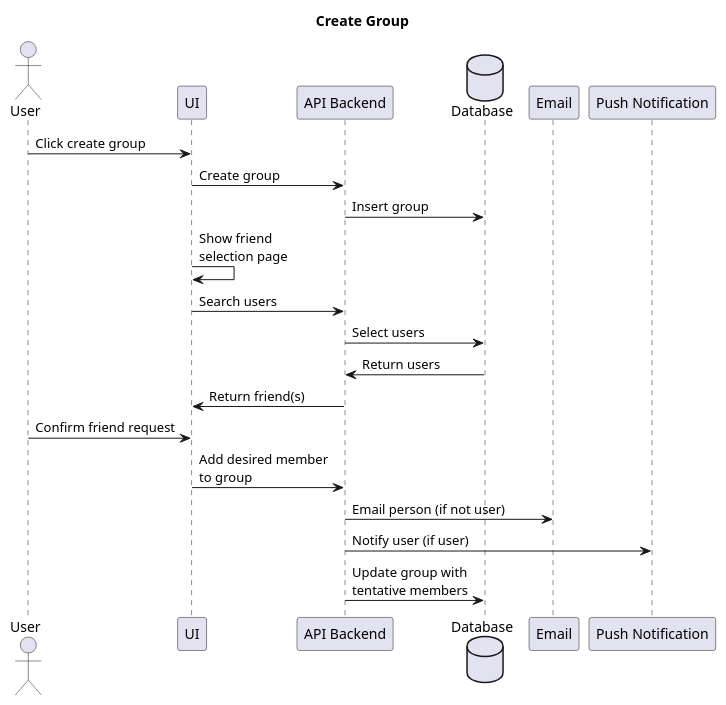
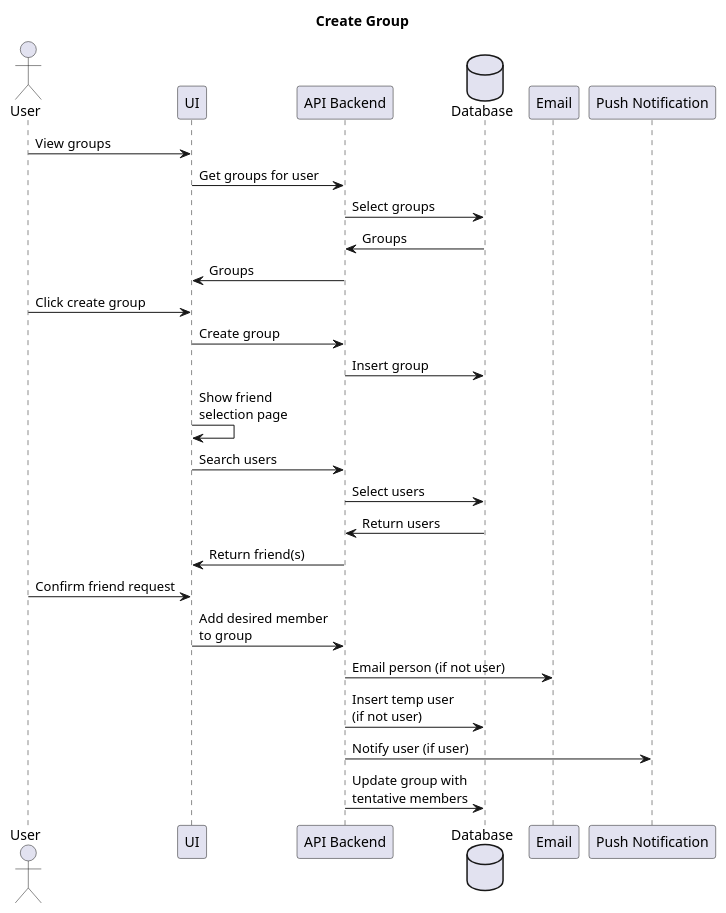
One commit to adhurjaty/prediction-app changed the diagram in Diagrams/UserStories/create_group.puml. Above: the diagram before and after it, drawn with PlantUML. The commit also changed 3 other files, not shown here.

Commit message:
updates diagrams

```diff
--- a/Diagrams/UserStories/create_group.puml
+++ b/Diagrams/UserStories/create_group.puml
@@ -1,26 +1,32 @@
 @startuml Create Group
 
 title Create Group
 
 actor User as user
 participant UI as ui
 participant "API Backend" as api
 database Database as db
 participant Email as email
 participant "Push Notification" as pn
 
+user -> ui : View groups
+ui -> api : Get groups for user
+api -> db : Select groups
+db -> api : Groups
+api -> ui : Groups
 user -> ui : Click create group
 ui -> api : Create group
 api -> db : Insert group
 ui -> ui : Show friend \nselection page 
 ui -> api : Search users
 api -> db : Select users
 db -> api : Return users
 api -> ui : Return friend(s)
 user -> ui : Confirm friend request
 ui -> api : Add desired member\nto group
 api -> email : Email person (if not user)
+api -> db : Insert temp user\n(if not user)
 api -> pn : Notify user (if user)
 api -> db : Update group with\ntentative members
 
 @enduml
```
